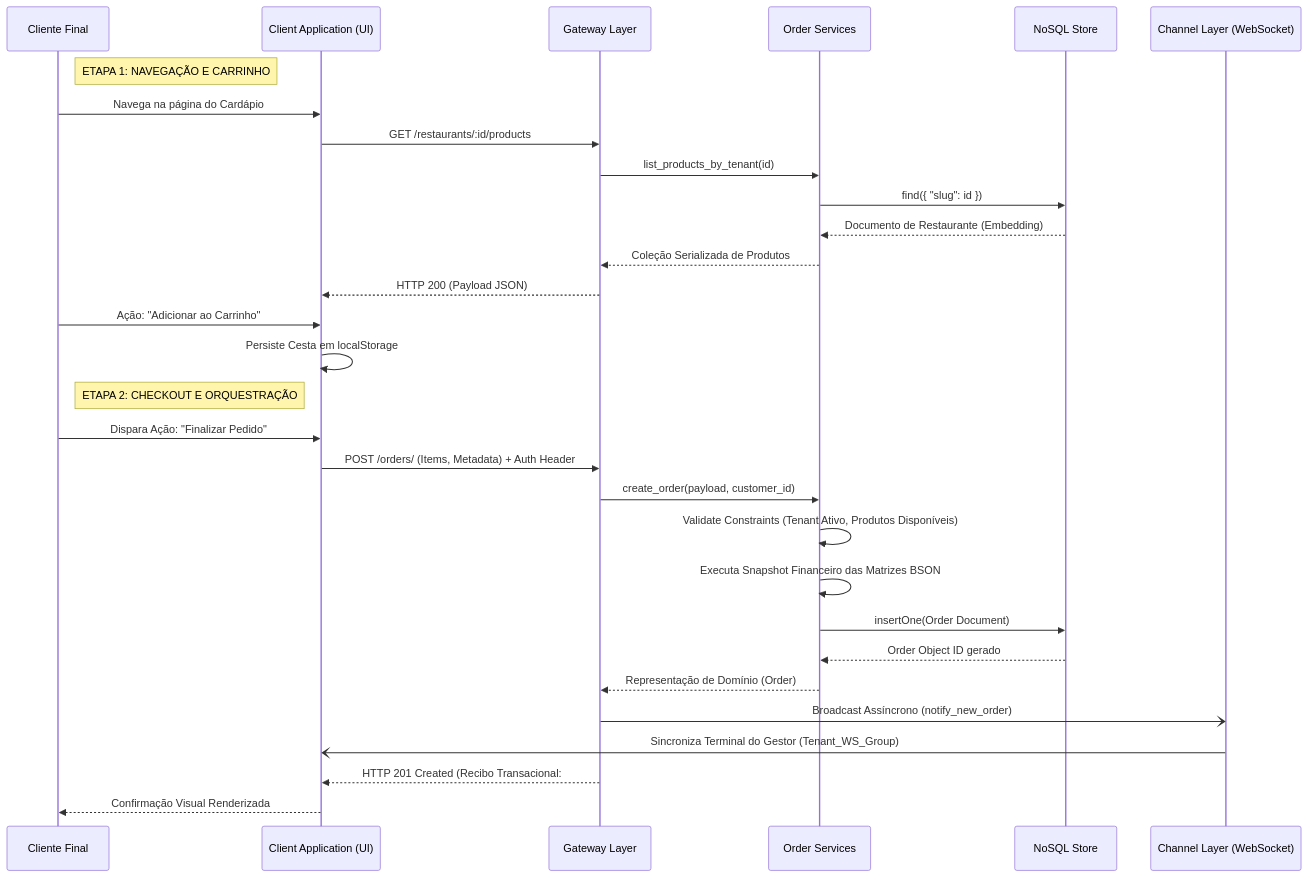
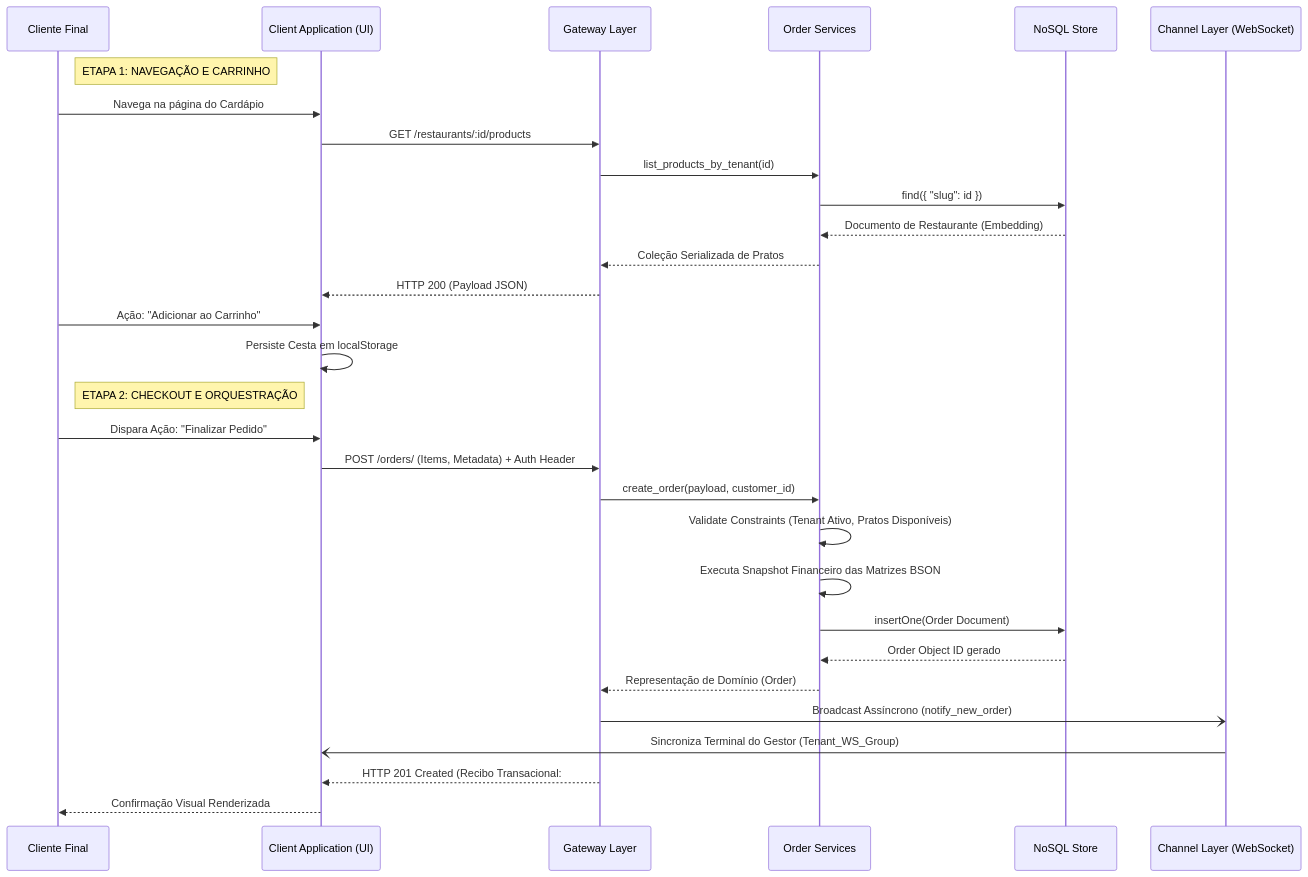
Before and after one commit to FABIOARGEL/cardapio-online: the first of 4 diagrams in docs/07-diagrama-de-sequencia.md, drawn with Mermaid. The commit also changed 31 other files, not shown here.

````diff
--- a/docs/07-diagrama-de-sequencia.md
+++ b/docs/07-diagrama-de-sequencia.md
@@ -20,42 +20,42 @@
 ```mermaid
 sequenceDiagram
     participant C as Cliente Final
     participant UI as Client Application (UI)
     participant API as Gateway Layer
     participant Core as Order Services
     participant DB as NoSQL Store
     participant WS as Channel Layer (WebSocket)
 
     %% Estágio de Descoberta
     note right of C: ETAPA 1: NAVEGAÇÃO E CARRINHO
     C->>UI: Navega na página do Cardápio
     UI->>API: GET /restaurants/:id/products
     API->>Core: list_products_by_tenant(id)
     Core->>DB: find({ "slug": id })
     DB-->>Core: Documento de Restaurante (Embedding)
-    Core-->>API: Coleção Serializada de Produtos
+    Core-->>API: Coleção Serializada de Pratos
     API-->>UI: HTTP 200 (Payload JSON)
     C->>UI: Ação: "Adicionar ao Carrinho"
     UI->>UI: Persiste Cesta em localStorage
 
     %% Estágio de Transação
     note right of C: ETAPA 2: CHECKOUT E ORQUESTRAÇÃO
     C->>UI: Dispara Ação: "Finalizar Pedido"
     UI->>API: POST /orders/ (Items, Metadata) + Auth Header
     API->>Core: create_order(payload, customer_id)
     
     %% Validação de Integridade
-    Core->>Core: Validate Constraints (Tenant Ativo, Produtos Disponíveis)
+    Core->>Core: Validate Constraints (Tenant Ativo, Pratos Disponíveis)
     Core->>Core: Executa Snapshot Financeiro das Matrizes BSON
     
     Core->>DB: insertOne(Order Document)
     DB-->>Core: Order Object ID gerado
     Core-->>API: Representação de Domínio (Order)
     
     %% Comunicação Assíncrona (Event-driven)
     API-)WS: Broadcast Assíncrono (notify_new_order)
     WS-)UI: Sincroniza Terminal do Gestor (Tenant_WS_Group)
     
     API-->>UI: HTTP 201 Created (Recibo Transacional: #ORD-XXXX)
     UI-->>C: Confirmação Visual Renderizada
 ```
````
